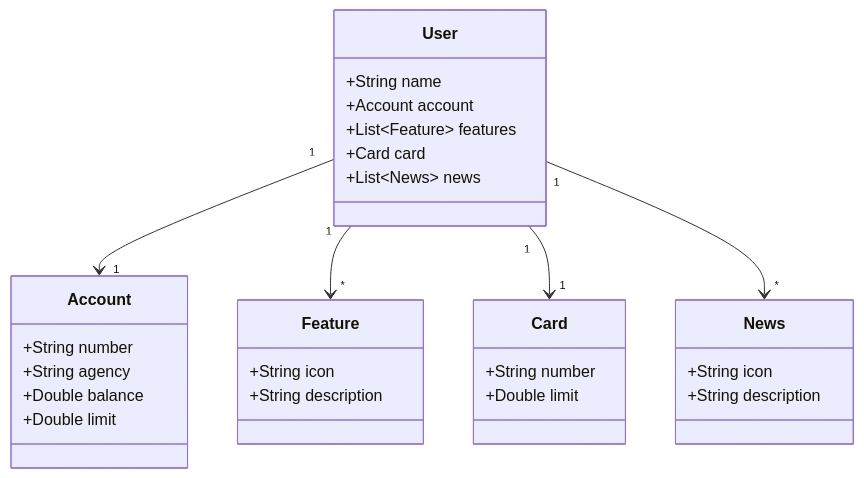
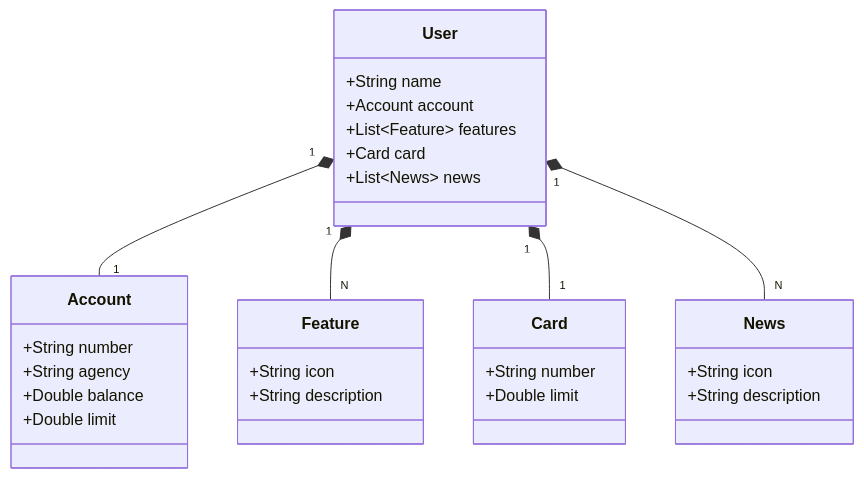
Before and after one commit to IarleySouza/Deloca-tech-2025: the diagram in README.md, drawn with Mermaid.

````diff
--- a/README.md
+++ b/README.md
@@ -5,37 +5,37 @@
 ```mermaid
 classDiagram
     class User {
         +String name
         +Account account
         +List~Feature~ features
         +Card card
         +List~News~ news
     }
 
     class Account {
         +String number
         +String agency
         +Double balance
         +Double limit
     }
 
     class Feature {
         +String icon
         +String description
     }
 
     class Card {
         +String number
         +Double limit
     }
 
     class News {
         +String icon
         +String description
     }
 
-    User "1" --> "1" Account
-    User "1" --> "*" Feature
-    User "1" --> "1" Card
-    User "1" --> "*" News
+    User "1" *-- "1" Account
+    User "1" *-- "N" Feature
+    User "1" *-- "1" Card
+    User "1" *-- "N" News
 ```
````
